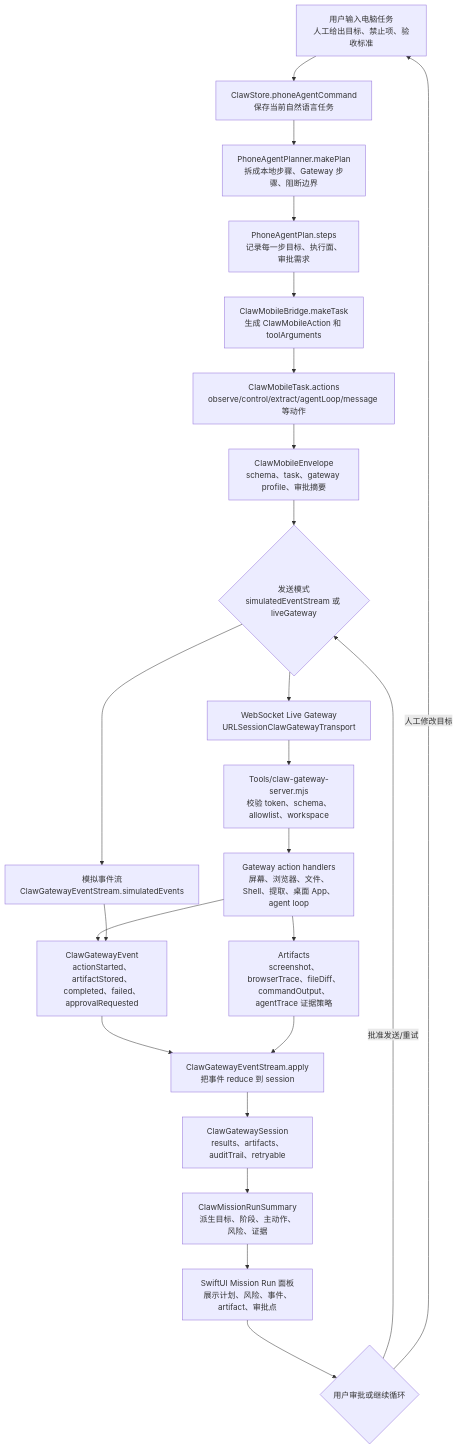
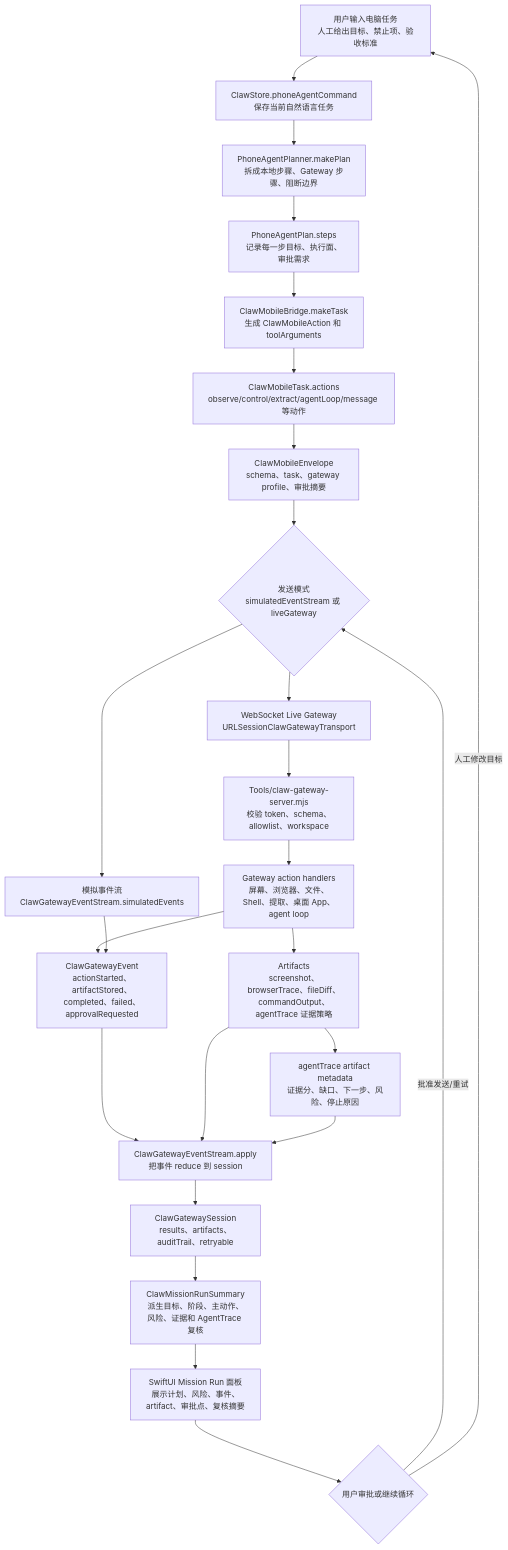
The first of 3 diagrams in md/flow/flowchart.md (Altman-sam114/115), drawn with Mermaid before and after one commit. The commit also changed other lines of this file and 13 other files, not shown here.

Commit message:
v0.7: 增强手机端 AgentTrace 复核体验

````diff
--- a/md/flow/flowchart.md
+++ b/md/flow/flowchart.md
@@ -9,25 +9,27 @@
 ```mermaid
 flowchart TD
   U["用户输入电脑任务<br/>人工给出目标、禁止项、验收标准"] --> S["ClawStore.phoneAgentCommand<br/>保存当前自然语言任务"]
   S --> P["PhoneAgentPlanner.makePlan<br/>拆成本地步骤、Gateway 步骤、阻断边界"]
   P --> T["PhoneAgentPlan.steps<br/>记录每一步目标、执行面、审批需求"]
   T --> B["ClawMobileBridge.makeTask<br/>生成 ClawMobileAction 和 toolArguments"]
   B --> A["ClawMobileTask.actions<br/>observe/control/extract/agentLoop/message 等动作"]
   A --> E["ClawMobileEnvelope<br/>schema、task、gateway profile、审批摘要"]
   E --> M{"发送模式<br/>simulatedEventStream 或 liveGateway"}
   M --> SIM["模拟事件流<br/>ClawGatewayEventStream.simulatedEvents"]
   M --> LIVE["WebSocket Live Gateway<br/>URLSessionClawGatewayTransport"]
   LIVE --> G["Tools/claw-gateway-server.mjs<br/>校验 token、schema、allowlist、workspace"]
   G --> H["Gateway action handlers<br/>屏幕、浏览器、文件、Shell、提取、桌面 App、agent loop"]
   H --> ART["Artifacts<br/>screenshot、browserTrace、fileDiff、commandOutput、agentTrace 证据策略"]
+  ART --> META["agentTrace artifact metadata<br/>证据分、缺口、下一步、风险、停止原因"]
   H --> EVT["ClawGatewayEvent<br/>actionStarted、artifactStored、completed、failed、approvalRequested"]
   SIM --> EVT
   EVT --> R["ClawGatewayEventStream.apply<br/>把事件 reduce 到 session"]
   ART --> R
+  META --> R
   R --> SES["ClawGatewaySession<br/>results、artifacts、auditTrail、retryable"]
-  SES --> RUN["ClawMissionRunSummary<br/>派生目标、阶段、主动作、风险、证据"]
-  RUN --> UI["SwiftUI Mission Run 面板<br/>展示计划、风险、事件、artifact、审批点"]
+  SES --> RUN["ClawMissionRunSummary<br/>派生目标、阶段、主动作、风险、证据和 AgentTrace 复核"]
+  RUN --> UI["SwiftUI Mission Run 面板<br/>展示计划、风险、事件、artifact、审批点、复核摘要"]
   UI --> LOOP{"用户审批或继续循环"}
   LOOP -->|"批准发送/重试"| M
   LOOP -->|"人工修改目标"| U
 ```
````
